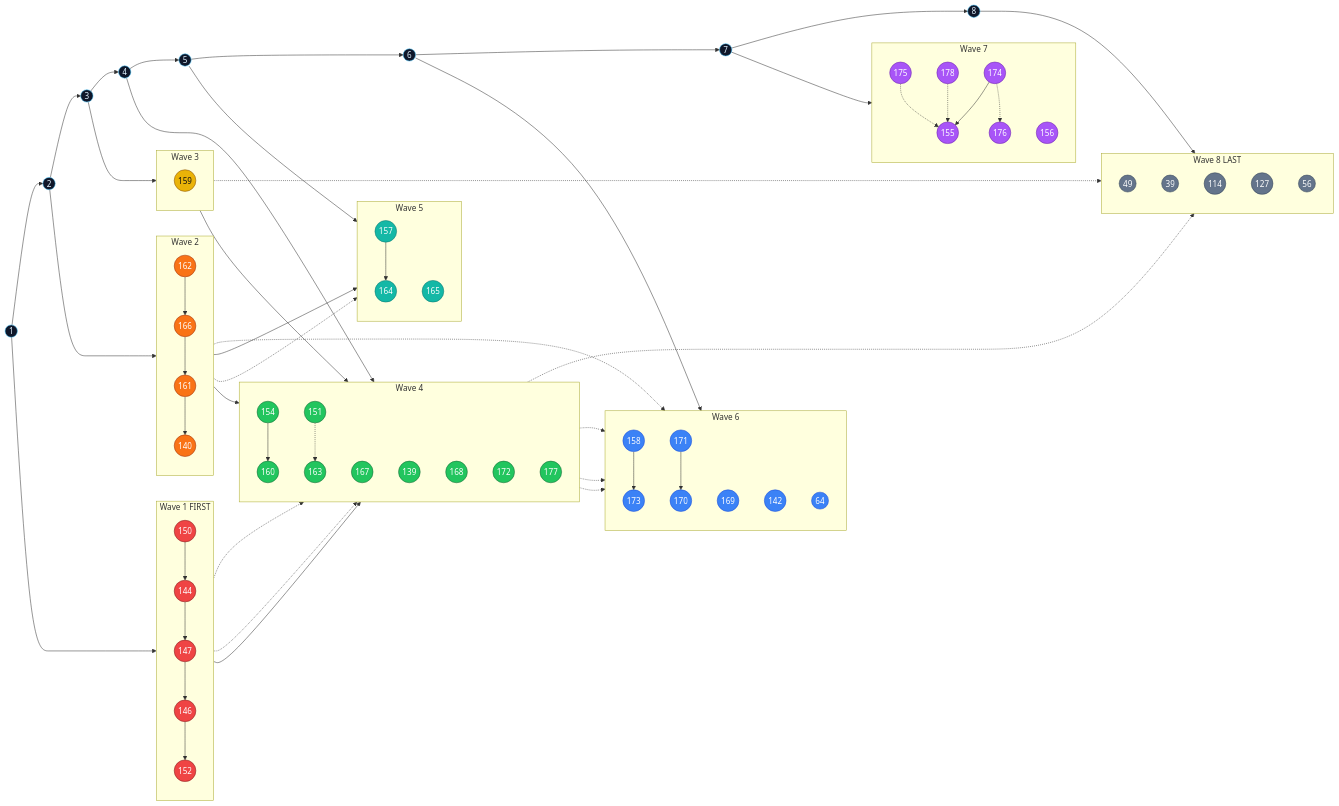
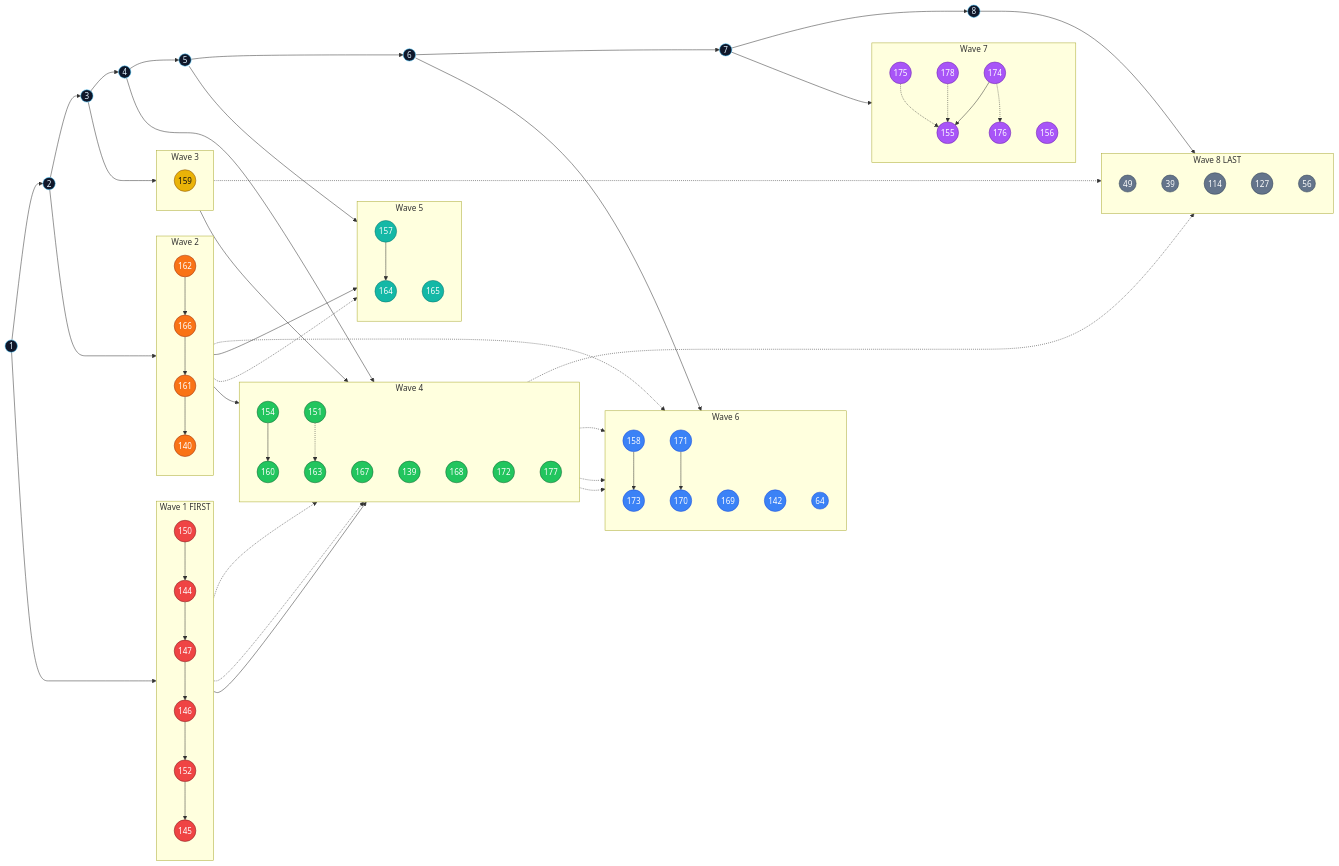
The diagram in docs/plans/issue-priority-graph.md (r-uben/socr), drawn with Mermaid before and after one commit. The commit also changed other lines of this file and 5 other files, not shown here.

```diff
--- a/docs/plans/issue-priority-graph.md
+++ b/docs/plans/issue-priority-graph.md
@@ -62,7 +65,7 @@
 
   subgraph WAVE1["Wave 1 FIRST"]
     direction TB
-    I150((150)):::w1 --> I144((144)):::w1 --> I147((147)):::w1 --> I146((146)):::w1 --> I152((152)):::w1
+    I150((150)):::w1 --> I144((144)):::w1 --> I147((147)):::w1 --> I146((146)):::w1 --> I152((152)):::w1 --> I145((145)):::w1
   end
 
   subgraph WAVE2["Wave 2"]
```
